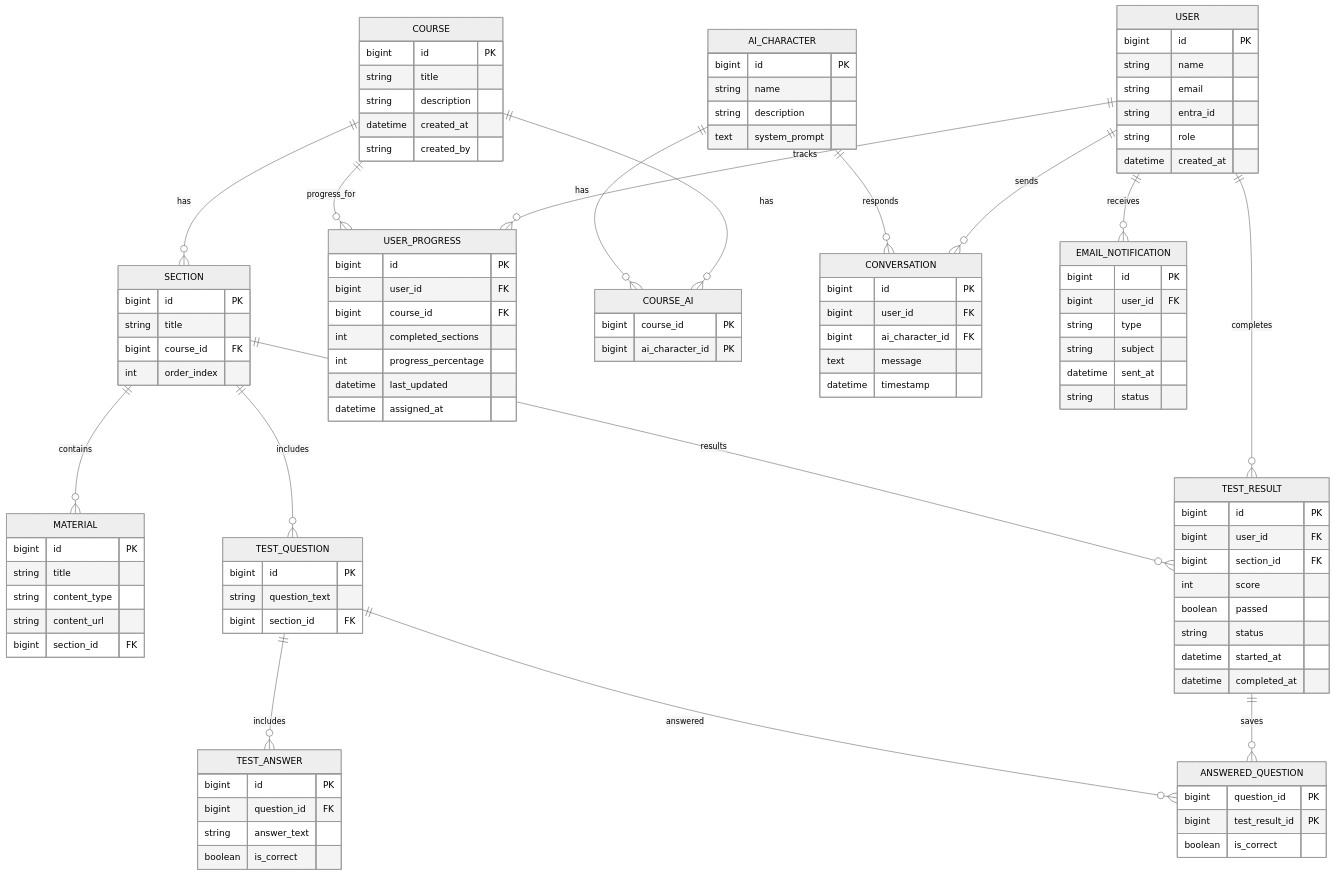
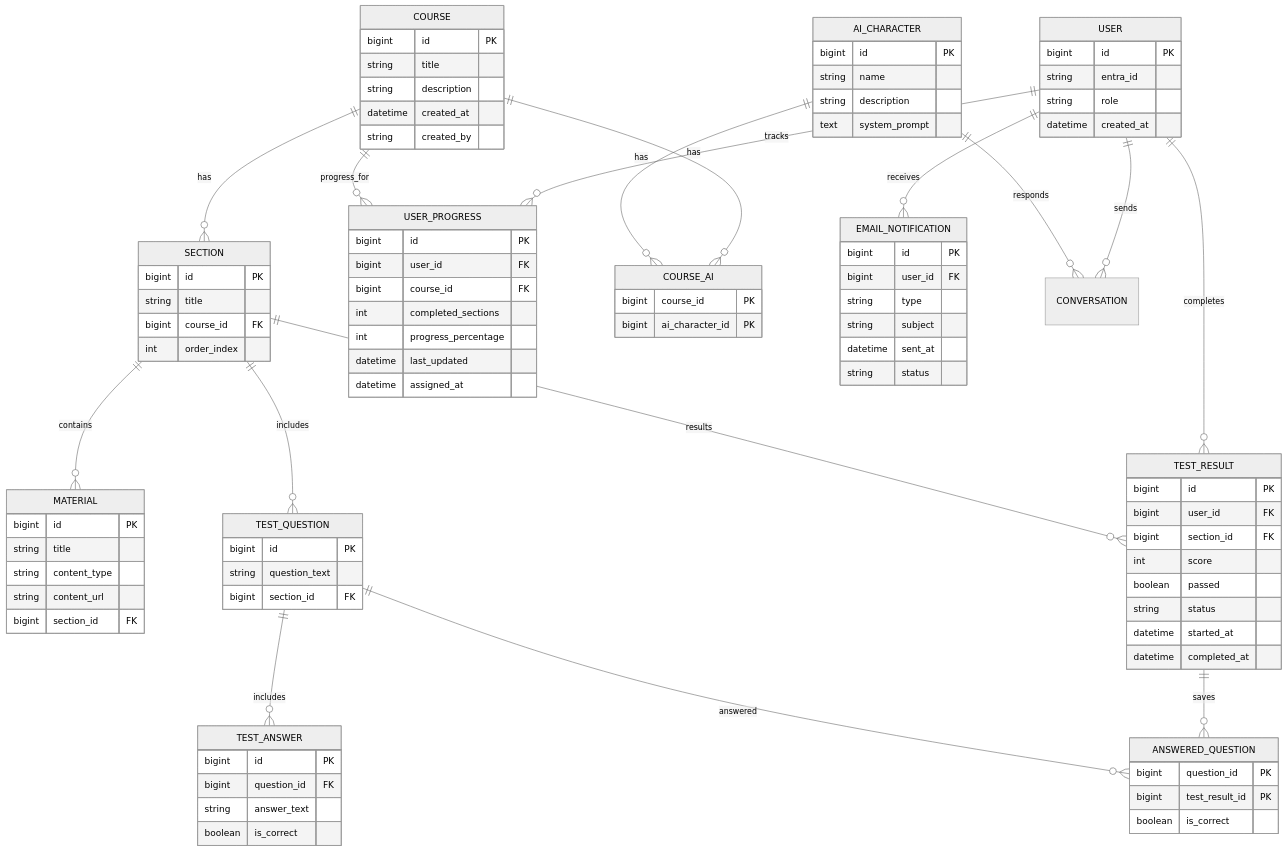
The diagram in JIN24/erDiagram.md (00adasod/LIAProjekt), drawn with Mermaid (neutral theme) before and after one commit.

Commit message:
Changes by xando

```diff
--- a/JIN24/erDiagram.md
+++ b/JIN24/erDiagram.md
@@ -3,8 +3,8 @@
 
     USER {
         bigint id PK
-        string name
-        string email
+%%        string name
+%%        string email
         string entra_id
         string role
         datetime created_at
@@ -95,13 +95,13 @@
 %%        bigint course_id FK
     }
 
-    CONVERSATION {
-        bigint id PK
-        bigint user_id FK
-        bigint ai_character_id FK
-        text message
-        datetime timestamp
-    }
+%%    CONVERSATION {
+%%        bigint id PK
+%%        bigint user_id FK
+%%        bigint ai_character_id FK
+%%        text message
+%%        datetime timestamp
+%%    }
 
     EMAIL_NOTIFICATION {
         bigint id PK
```
